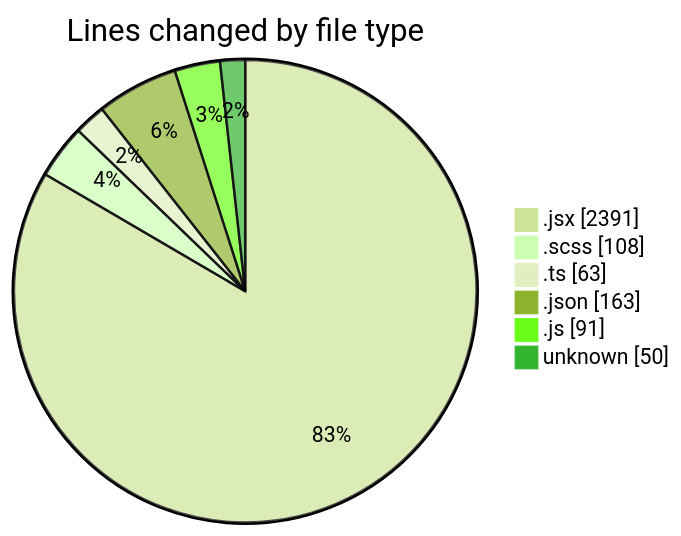
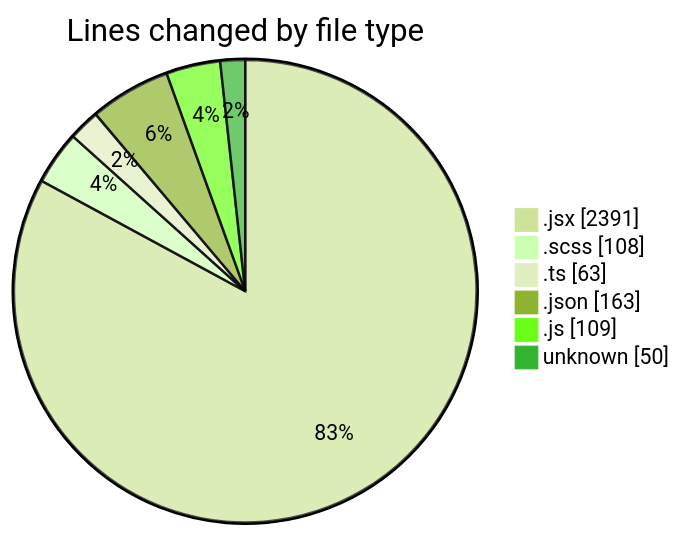
One commit to momahboobian/code-tracking changed the first of 2 diagrams in 2026-09-01/cda/README.md. Above: the diagram before and after it, drawn with Mermaid (forest theme). The commit also changed other lines of this file and 1 other file, not shown here.

````diff
--- a/2026-09-01/cda/README.md
+++ b/2026-09-01/cda/README.md
@@ -52,10 +53,10 @@
 ```mermaid
 pie showData
 title Lines changed by file type
 ".jsx" : 2391
 ".scss" : 108
 ".ts" : 63
 ".json" : 163
-".js" : 91
+".js" : 109
 "unknown" : 50
 ```
````
